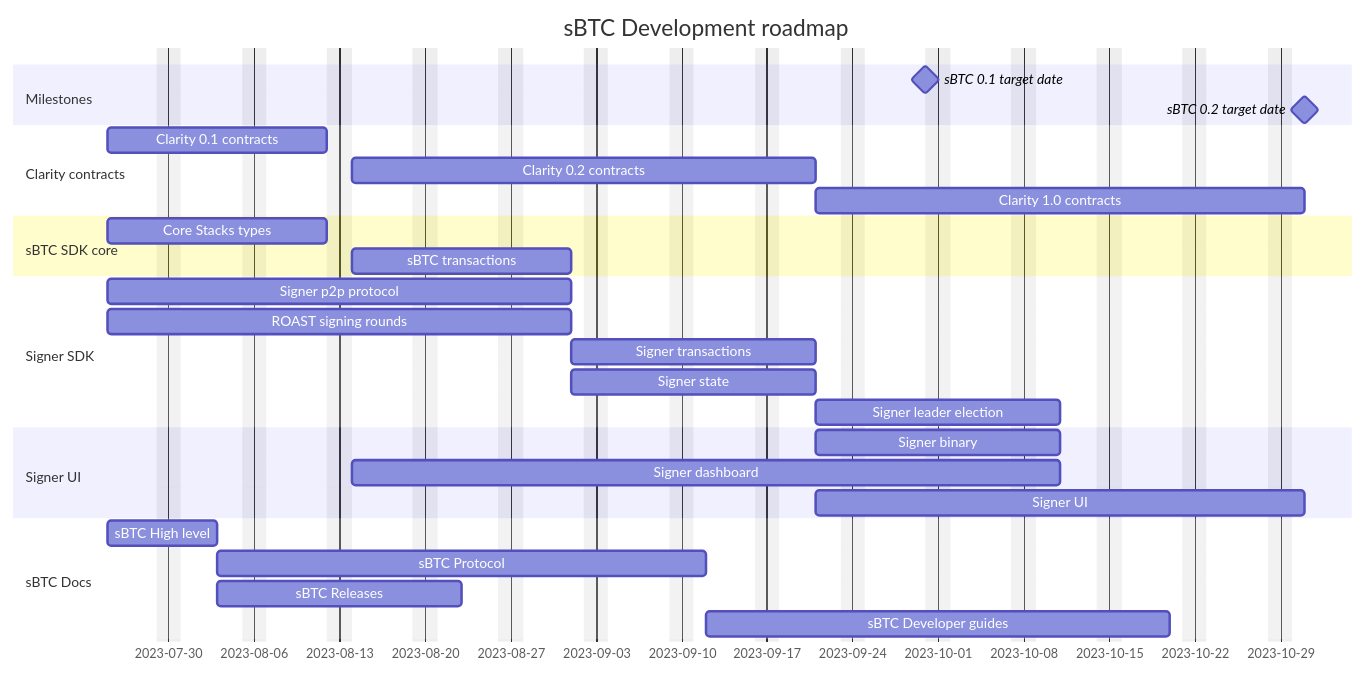
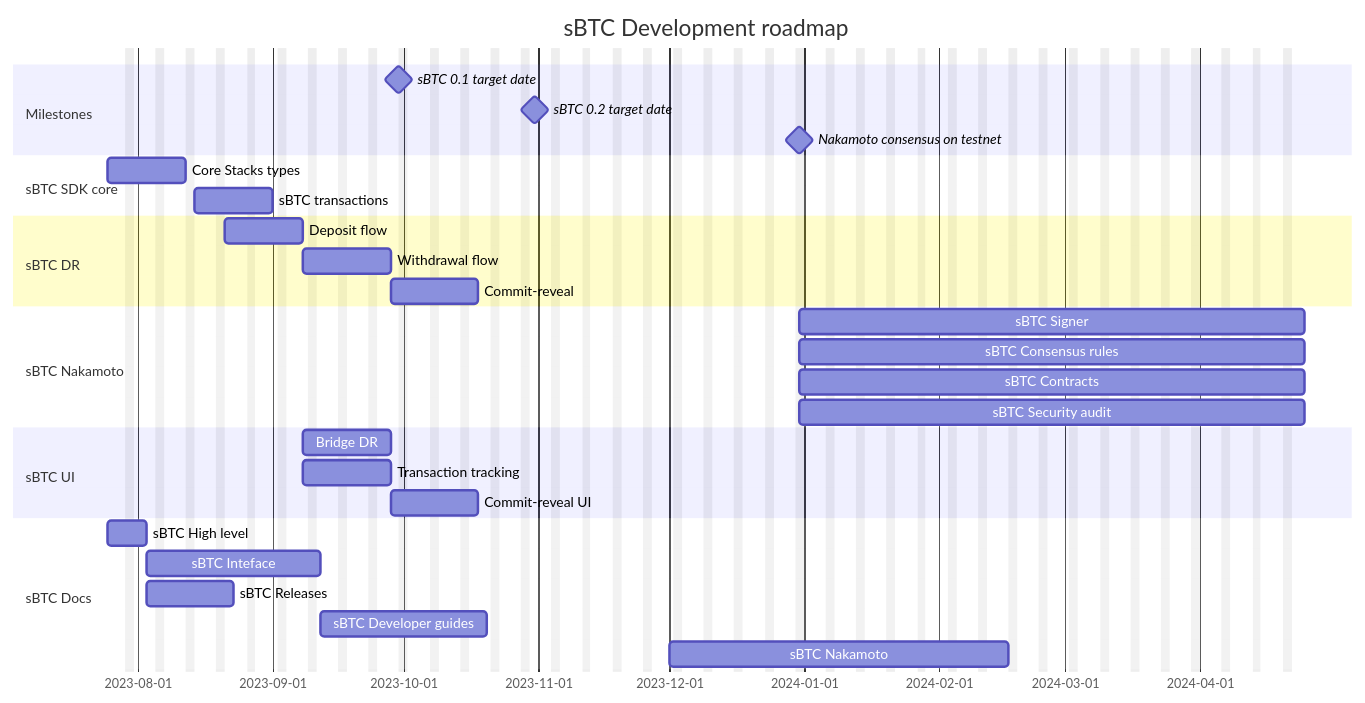
One commit to stacks-network/sbtc-docs changed the diagram in src/sbtc-roadmap.md. Above: the diagram before and after it, drawn with Mermaid. The commit also changed other lines of this file, not shown here.

Commit message:
wip: Working on roadmap update

````diff
--- a/src/sbtc-roadmap.md
+++ b/src/sbtc-roadmap.md
@@ -5,39 +5,40 @@
 ```mermaid
 gantt
     dateFormat  YYYY-MM-DD
     title       sBTC Development roadmap
     excludes    weekends
     %% (`excludes` accepts specific dates in YYYY-MM-DD format, days of the week ("sunday") or "weekends", but not the word "weekdays".)
 
     section Milestones
-    sBTC 0.1 target date      : milestone, 2023-09-30, 0d
-    sBTC 0.2 target date      : milestone, 2023-10-31, 0d
-
-    section Clarity contracts
-    Clarity 0.1 contracts        : clar1, 2023-07-25, 2w
-    Clarity 0.2 contracts        : clar2, after clar1, 4w
-    Clarity 1.0 contracts        : clar3, after clar2, 4w
+    sBTC 0.1 target date          : milestone, 2023-09-30, 0d
+    sBTC 0.2 target date          : milestone, 2023-10-31, 0d
+    Nakamoto consensus on testnet : milestone, 2023-12-31, 0d
 
     section sBTC SDK core
     Core Stacks types              : sdk1, 2023-07-25, 2w
     sBTC transactions              : sdk2, after sdk1, 2w
 
-    section Signer SDK
-    Signer p2p protocol     : sign1, 2023-07-25, 4w
-    ROAST signing rounds    : sign2, 2023-07-25, 4w
-    Signer transactions     : sign3, after sdk2, 2w
-    Signer state            : sign4, after sign1, 2w
-    Signer leader election  : sign5, after sign4, 2w
+    section sBTC DR
+    Deposit flow            : dr1, 2023-08-21, 2w
+    Withdrawal flow         : dr2, after dr1, 2w
+    Commit-reveal           : dr3, after dr2, 2w
 
-    section Signer UI
-    Signer binary            : sign5, after sign3, 2w
-    Signer dashboard         : sign6, after clar1, 6w
-    Signer UI                : sign7, after sign3, 4w
+    section sBTC Nakamoto
+    sBTC Signer             : sbtc1, 2023-12-31, 12w
+    sBTC Consensus rules    : sbtc2, 2023-12-31, 12w
+    sBTC Contracts          : sbtc3, 2023-12-31, 12w
+    sBTC Security audit     : sbtc4, 2023-12-31, 12w
+
+    section sBTC UI
+    Bridge DR             : ui1, after dr1, 2w
+    Transaction tracking  : ui3, after dr1, 2w
+    Commit-reveal UI      : ui2, after dr2, 2w
 
     section sBTC Docs
     sBTC High level            : doc1, 2023-07-25, 1w
-    sBTC Protocol              : doc2, after doc1, 4w
+    sBTC Inteface              : doc2, after doc1, 4w
     sBTC Releases              : doc3, after doc1, 2w
-    sBTC Developer guides      : doc3, after doc2, 4w
+    sBTC Developer guides      : doc4, after doc2, 4w
+    sBTC Nakamoto              : doc5, 2023-12-01, 8w
   
 ```
````
